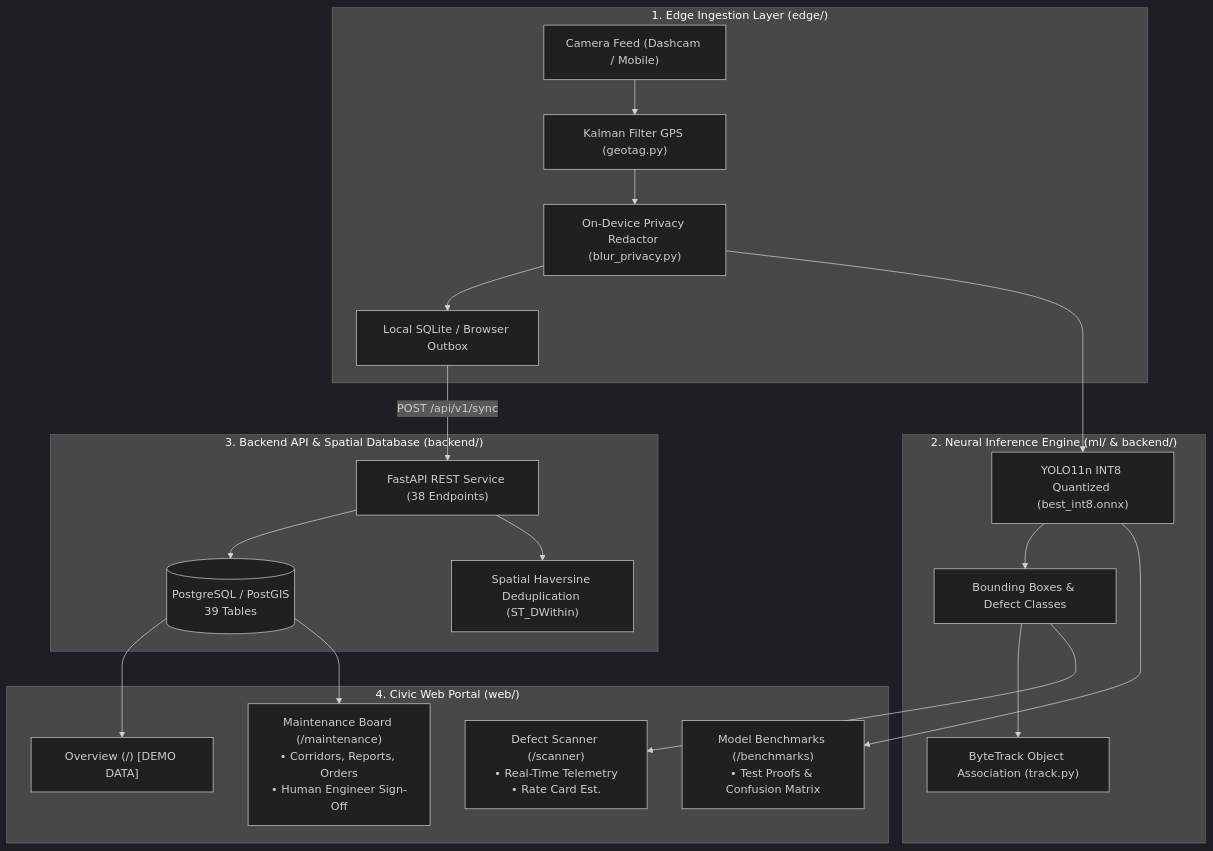
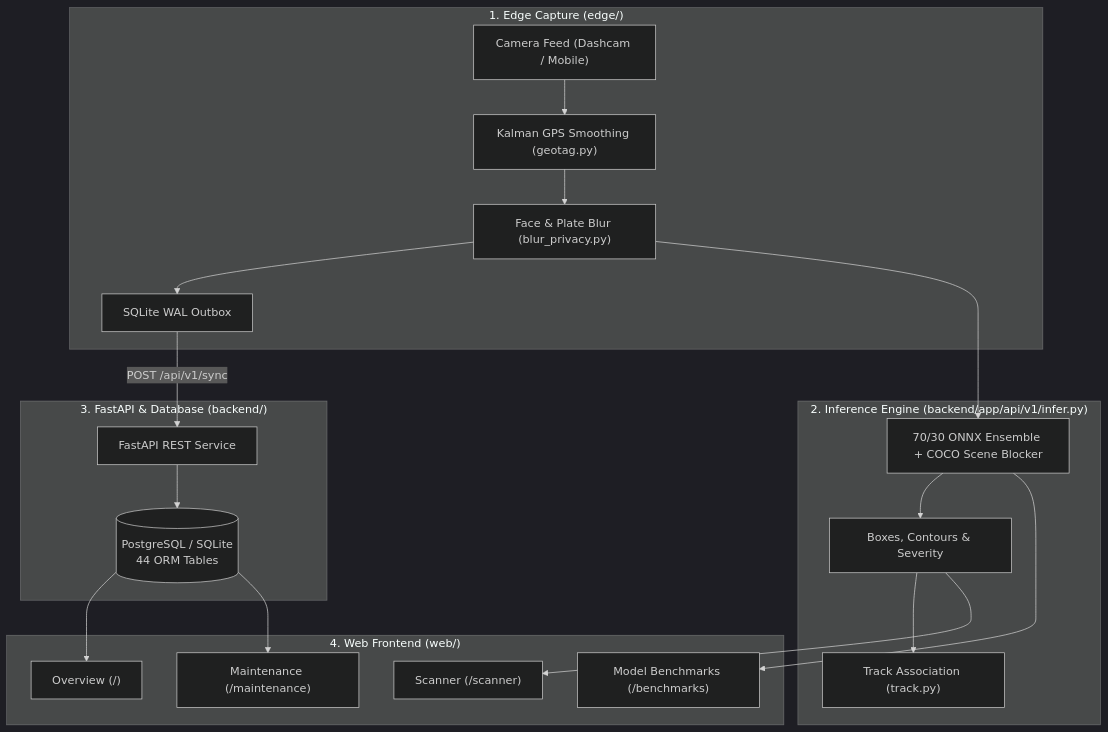
One commit to Priya-Ranjan-0201/potholes changed the diagram in README.md. Above: the diagram before and after it, drawn with Mermaid (dark theme). The commit also changed other lines of this file and 32 other files, not shown here.

Commit message:
Remove UI, docs, and static slop across web, backend, and READMEs

````diff
--- a/README.md
+++ b/README.md
@@ -137,30 +129,28 @@
 ```mermaid
 flowchart TD
-    subgraph EdgeCapture["1. Edge Ingestion Layer (edge/)"]
+    subgraph EdgeCapture["1. Edge Capture (edge/)"]
         Dashcam["Camera Feed (Dashcam / Mobile)"]
-        Geotag["Kalman Filter GPS (geotag.py)"]
-        PrivacyShield["On-Device Privacy Redactor (blur_privacy.py)"]
-        Outbox["Local SQLite / Browser Outbox"]
-        
+        Geotag["Kalman GPS Smoothing (geotag.py)"]
+        PrivacyShield["Face & Plate Blur (blur_privacy.py)"]
+        Outbox["SQLite WAL Outbox"]
         Dashcam --> Geotag --> PrivacyShield --> Outbox
     end
 
-    subgraph NeuralEngine["2. Neural Inference Engine (ml/ & backend/)"]
-        PrivacyShield --> YOLO["YOLO11n INT8 Quantized (best_int8.onnx)"]
-        YOLO --> Detections["Bounding Boxes & Defect Classes"]
-        Detections --> IoUTracker["ByteTrack Object Association (track.py)"]
+    subgraph InferenceEngine["2. Inference Engine (backend/app/api/v1/infer.py)"]
+        PrivacyShield --> Ensemble["70/30 ONNX Ensemble + COCO Scene Blocker"]
+        Ensemble --> Detections["Boxes, Contours & Severity"]
+        Detections --> IoUTracker["Track Association (track.py)"]
     end
 
-    subgraph GovernanceCore["3. Backend API & Spatial Database (backend/)"]
-        Outbox -->|POST /api/v1/sync| API["FastAPI REST Service (38 Endpoints)"]
-        API --> DB[("PostgreSQL / PostGIS\n39 Tables")]
-        API --> Deduplication["Spatial Haversine Deduplication (ST_DWithin)"]
+    subgraph BackendCore["3. FastAPI & Database (backend/)"]
+        Outbox -->|POST /api/v1/sync| API["FastAPI REST Service"]
+        API --> DB[("PostgreSQL / SQLite\n44 ORM Tables")]
     end
 
-    subgraph WebPortal["4. Civic Web Portal (web/)"]
-        DB --> Dashboard["Overview (/) [DEMO DATA]"]
-        Detections --> Scanner["Defect Scanner (/scanner)\n• Real-Time Telemetry\n• Rate Card Est."]
-        DB --> Maintenance["Maintenance Board (/maintenance)\n• Corridors, Reports, Orders\n• Human Engineer Sign-Off"]
-        YOLO --> Benchmarks["Model Benchmarks (/benchmarks)\n• Test Proofs & Confusion Matrix"]
+    subgraph WebPortal["4. Web Frontend (web/)"]
+        DB --> Dashboard["Overview (/)"]
+        Detections --> Scanner["Scanner (/scanner)"]
+        DB --> Maintenance["Maintenance (/maintenance)"]
+        Ensemble --> Benchmarks["Model Benchmarks (/benchmarks)"]
     end
 ```
````
